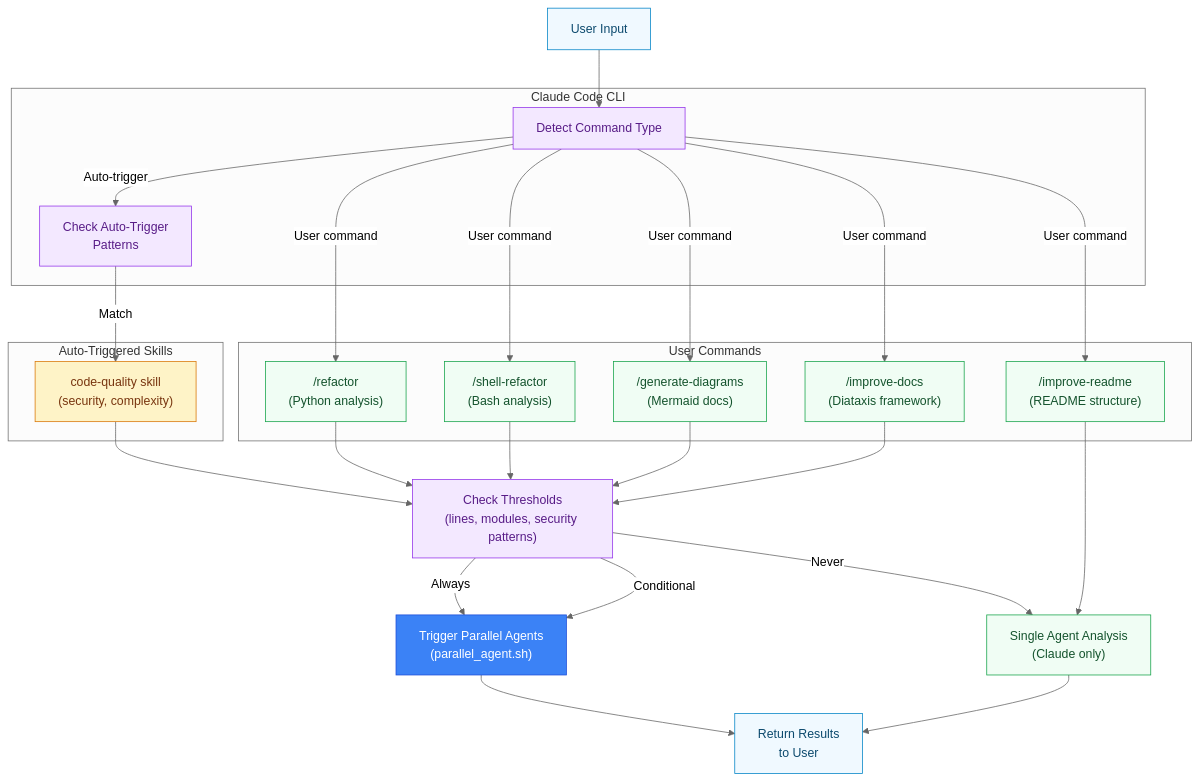
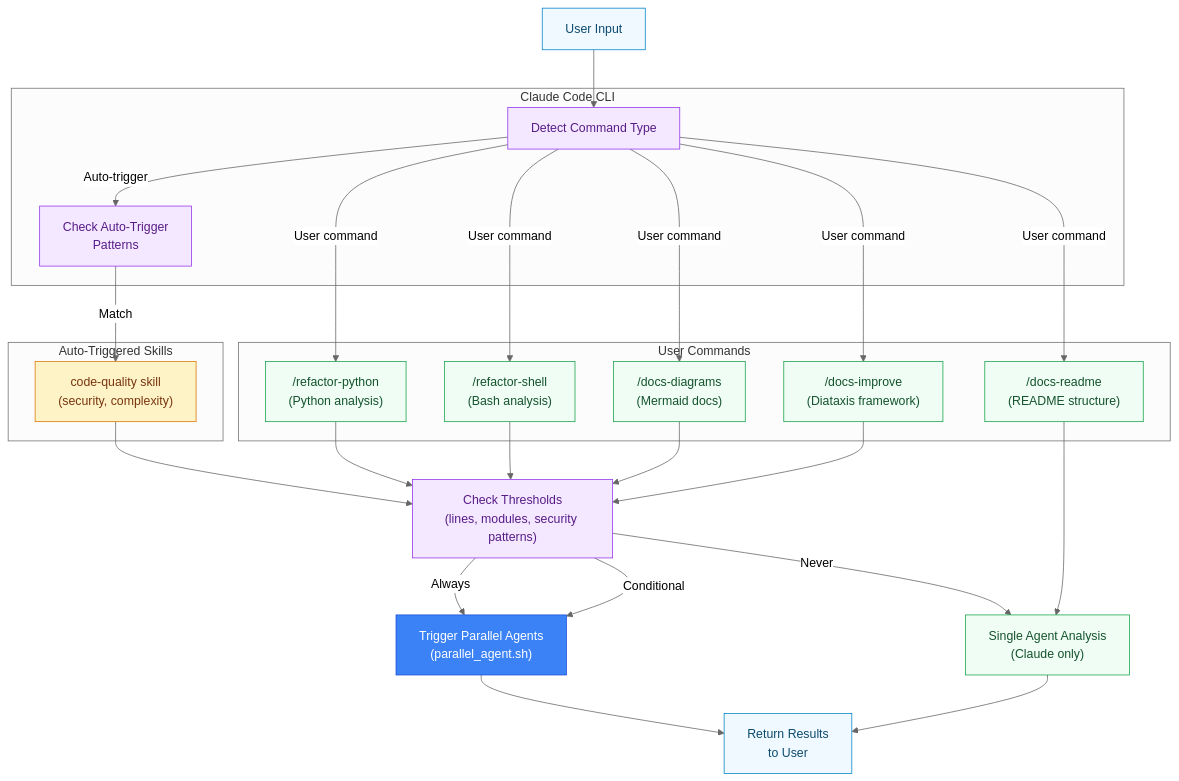
Before and after one commit to RB-chrismandich/Manifest: the fourth of 9 diagrams in docs/ARCHITECTURE_DIAGRAMS.md, drawn with Mermaid. The commit also changed other lines of this file and 41 other files, not shown here.

````diff
--- a/docs/ARCHITECTURE_DIAGRAMS.md
+++ b/docs/ARCHITECTURE_DIAGRAMS.md
@@ -271,60 +271,60 @@
 ```mermaid
 %%{init: {'theme':'neutral'}}%%
 flowchart TB
     classDef user fill:#f0f9ff,stroke:#0284c7,color:#0c4a6e
     classDef skill fill:#fef3c7,stroke:#d97706,color:#78350f
     classDef command fill:#f0fdf4,stroke:#16a34a,color:#14532d
     classDef decision fill:#f3e8ff,stroke:#9333ea,color:#581c87
     classDef parallel fill:#3b82f6,stroke:#1d4ed8,color:#fff
 
     USER["User Input"]:::user
 
     subgraph "Claude Code CLI"
         DETECT["Detect Command Type"]:::decision
         SKILL_CHECK["Check Auto-Trigger<br/>Patterns"]:::decision
     end
 
     subgraph "Auto-Triggered Skills"
         CODE_QUAL["code-quality skill<br/>(security, complexity)"]:::skill
     end
 
     subgraph "User Commands"
-        REFACTOR["/refactor<br/>(Python analysis)"]:::command
-        SHELL_REF["/shell-refactor<br/>(Bash analysis)"]:::command
-        GEN_DIAG["/generate-diagrams<br/>(Mermaid docs)"]:::command
-        IMP_DOCS["/improve-docs<br/>(Diataxis framework)"]:::command
-        IMP_README["/improve-readme<br/>(README structure)"]:::command
+        REFACTOR["/refactor-python<br/>(Python analysis)"]:::command
+        SHELL_REF["/refactor-shell<br/>(Bash analysis)"]:::command
+        GEN_DIAG["/docs-diagrams<br/>(Mermaid docs)"]:::command
+        IMP_DOCS["/docs-improve<br/>(Diataxis framework)"]:::command
+        IMP_README["/docs-readme<br/>(README structure)"]:::command
     end
 
     CHECK_THRESH["Check Thresholds<br/>(lines, modules, security patterns)"]:::decision
 
     PARALLEL_YES["Trigger Parallel Agents<br/>(parallel_agent.sh)"]:::parallel
     PARALLEL_NO["Single Agent Analysis<br/>(Claude only)"]:::command
 
     OUTPUT["Return Results<br/>to User"]:::user
 
     USER --> DETECT
 
     DETECT -->|Auto-trigger| SKILL_CHECK
     DETECT -->|User command| REFACTOR
     DETECT -->|User command| SHELL_REF
     DETECT -->|User command| GEN_DIAG
     DETECT -->|User command| IMP_DOCS
     DETECT -->|User command| IMP_README
 
     SKILL_CHECK -->|Match| CODE_QUAL
 
     CODE_QUAL --> CHECK_THRESH
     REFACTOR --> CHECK_THRESH
     SHELL_REF --> CHECK_THRESH
     GEN_DIAG --> CHECK_THRESH
     IMP_DOCS --> CHECK_THRESH
     IMP_README --> PARALLEL_NO
 
     CHECK_THRESH -->|Always| PARALLEL_YES
     CHECK_THRESH -->|Conditional| PARALLEL_YES
     CHECK_THRESH -->|Never| PARALLEL_NO
 
     PARALLEL_YES --> OUTPUT
     PARALLEL_NO --> OUTPUT
 ```
````
